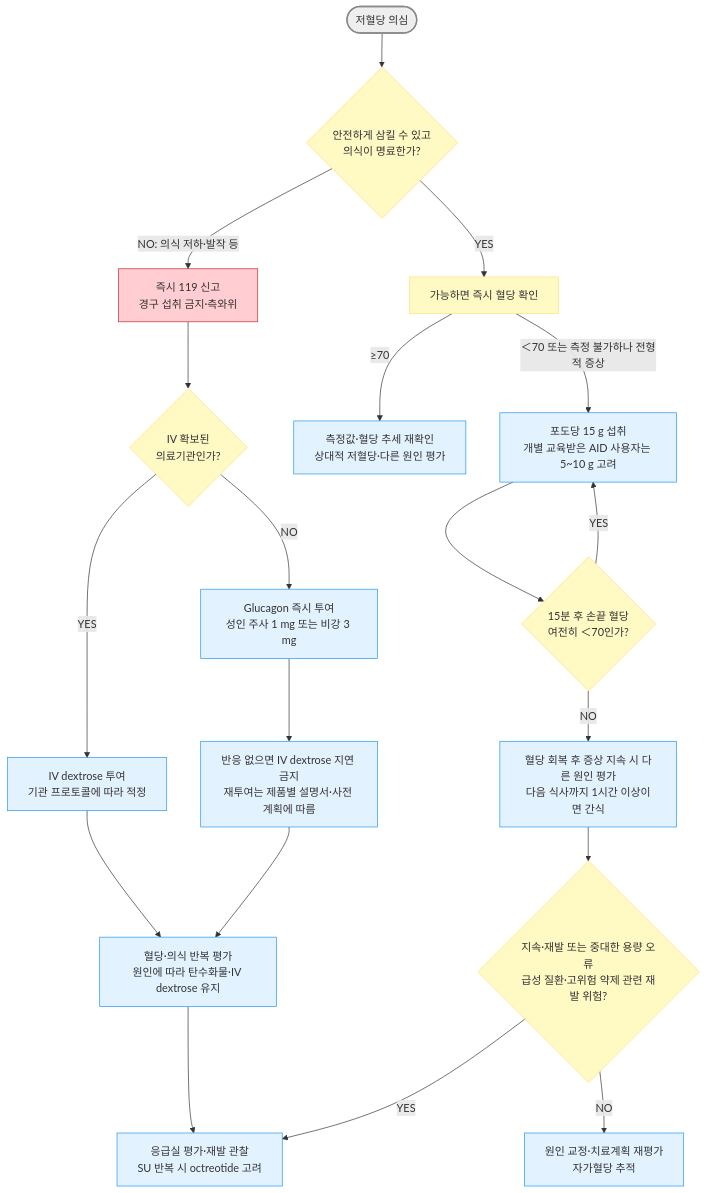
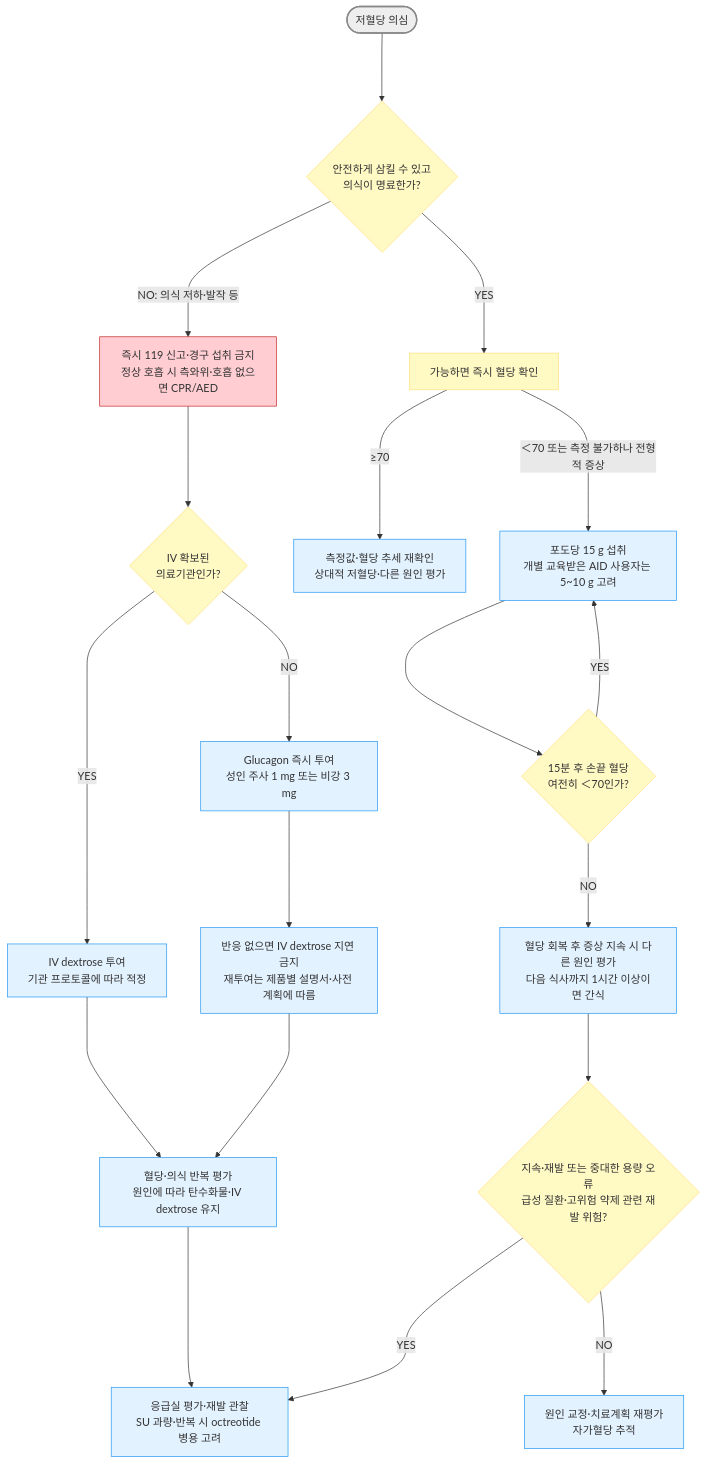
The diagram in 226_/103_-hypoglycemia-diabetic.md (familyoh77/familyoh77), drawn with Mermaid before and after one commit. The commit also changed other lines of this file and 9 other files, not shown here.

````diff
--- a/226_/103_-hypoglycemia-diabetic.md
+++ b/226_/103_-hypoglycemia-diabetic.md
@@ -141,28 +145,28 @@
 ```mermaid
 graph TD
-    A([저혈당 의심]) --> B{안전하게 삼킬 수 있고<br/>의식이 명료한가?}
-    B -->|YES| C[가능하면 즉시 혈당 확인]
-    C -->|＜70 또는 측정 불가하나 전형적 증상| D[포도당 15 g 섭취<br/>개별 교육받은 AID 사용자는 5~10 g 고려]
-    C -->|≥70| E[측정값·혈당 추세 재확인<br/>상대적 저혈당·다른 원인 평가]
-    D --> F{15분 후 손끝 혈당<br/>여전히 ＜70인가?}
-    F -->|YES| D
-    F -->|NO| G[혈당 회복 후 증상 지속 시 다른 원인 평가<br/>다음 식사까지 1시간 이상이면 간식]
-    B -->|NO: 의식 저하·발작 등| H[즉시 119 신고<br/>경구 섭취 금지·측와위]
-    H --> I{IV 확보된<br/>의료기관인가?}
-    I -->|YES| J[IV dextrose 투여<br/>기관 프로토콜에 따라 적정]
-    I -->|NO| K[Glucagon 즉시 투여<br/>성인 주사 1 mg 또는 비강 3 mg]
-    K --> L[반응 없으면 IV dextrose 지연 금지<br/>재투여는 제품별 설명서·사전 계획에 따름]
-    J --> M[혈당·의식 반복 평가<br/>원인에 따라 탄수화물·IV dextrose 유지]
-    L --> M
-    G --> N{지속·재발 또는 중대한 용량 오류<br/>급성 질환·고위험 약제 관련 재발 위험?}
-    M --> O[응급실 평가·재발 관찰<br/>SU 반복 시 octreotide 고려]
-    N -->|YES| O
-    N -->|NO| P[원인 교정·치료계획 재평가<br/>자가혈당 추적]
+    A([저혈당 의심]) ---> B{안전하게 삼킬 수 있고<br/>의식이 명료한가?}
+    B --->|YES| C[가능하면 즉시 혈당 확인]
+    C --->|＜70 또는 측정 불가하나 전형적 증상| D[포도당 15 g 섭취<br/>개별 교육받은 AID 사용자는 5~10 g 고려]
+    C --->|≥70| E[측정값·혈당 추세 재확인<br/>상대적 저혈당·다른 원인 평가]
+    D ---> F{15분 후 손끝 혈당<br/>여전히 ＜70인가?}
+    F --->|YES| D
+    F --->|NO| G[혈당 회복 후 증상 지속 시 다른 원인 평가<br/>다음 식사까지 1시간 이상이면 간식]
+    B --->|NO: 의식 저하·발작 등| H[즉시 119 신고·경구 섭취 금지<br/>정상 호흡 시 측와위·호흡 없으면 CPR/AED]
+    H ---> I{IV 확보된<br/>의료기관인가?}
+    I --->|YES| J[IV dextrose 투여<br/>기관 프로토콜에 따라 적정]
+    I --->|NO| K[Glucagon 즉시 투여<br/>성인 주사 1 mg 또는 비강 3 mg]
+    K ---> L[반응 없으면 IV dextrose 지연 금지<br/>재투여는 제품별 설명서·사전 계획에 따름]
+    J ---> M[혈당·의식 반복 평가<br/>원인에 따라 탄수화물·IV dextrose 유지]
+    L ---> M
+    G ---> N{지속·재발 또는 중대한 용량 오류<br/>급성 질환·고위험 약제 관련 재발 위험?}
+    M ---> O[응급실 평가·재발 관찰<br/>SU 과량·반복 시 octreotide 병용 고려]
+    N --->|YES| O
+    N --->|NO| P[원인 교정·치료계획 재평가<br/>자가혈당 추적]
 
     style A fill:#eeeeee,stroke:#888888,stroke-width:2px
     style H fill:#ffcdd2,stroke:#c62828
     classDef yellow fill:#fff9c4,stroke:#ffe082
     class B,C,F,I,N yellow
     classDef sky fill:#e3f2ff,stroke:#2196f3
     class D,E,G,J,K,L,M,O,P sky
 ```
````
